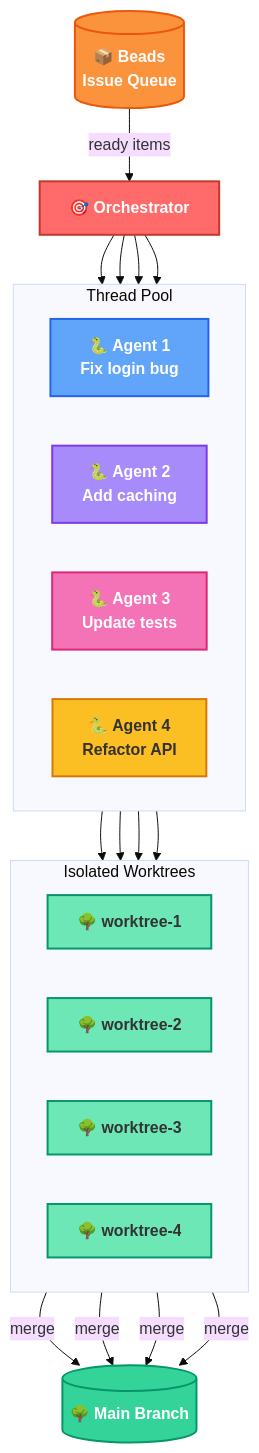
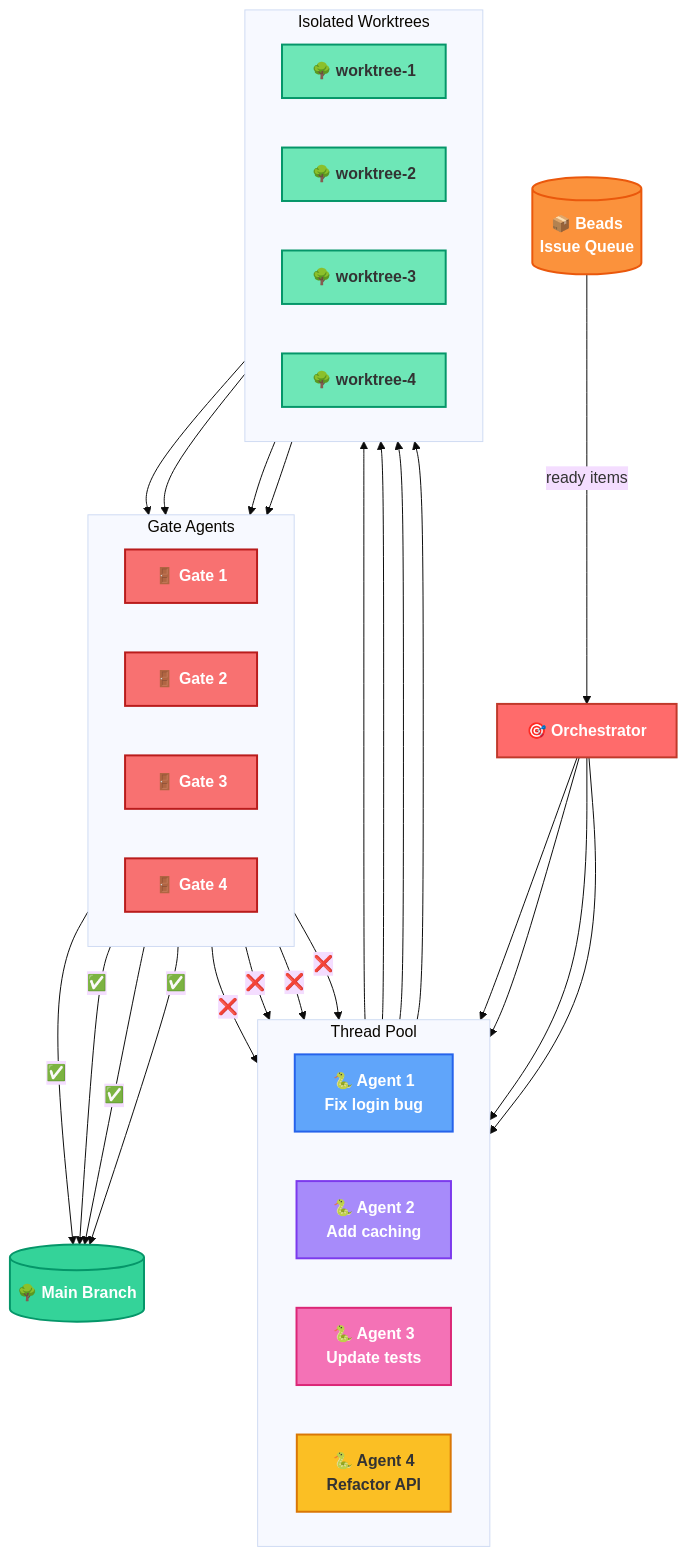
One commit to AmeliaRose802/PokePoke changed the second of 2 diagrams in pokepoke.md. Above: the diagram before and after it, drawn with Mermaid (base theme). The commit also changed other lines of this file, not shown here.

Commit message:
chore: auto-commit for pre-flight health check

````diff
--- a/pokepoke.md
+++ b/pokepoke.md
@@ -30,41 +30,58 @@
 ```mermaid
 graph TB
     Beads[("📦 Beads<br/>Issue Queue")]:::ext
 
     Orch["🎯 Orchestrator"]:::core
 
     subgraph Pool["Thread Pool"]
         direction LR
         A1["🐍 Agent 1<br/>Fix login bug"]:::a1
         A2["🐍 Agent 2<br/>Add caching"]:::a2
         A3["🐍 Agent 3<br/>Update tests"]:::a3
         A4["🐍 Agent 4<br/>Refactor API"]:::a4
+    end
+
+    subgraph Gates["Gate Agents"]
+        direction LR
+        G1["🚪 Gate 1"]:::gate
+        G2["🚪 Gate 2"]:::gate
+        G3["🚪 Gate 3"]:::gate
+        G4["🚪 Gate 4"]:::gate
     end
 
     subgraph Worktrees["Isolated Worktrees"]
         direction LR
         W1["🌳 worktree-1"]:::wt
         W2["🌳 worktree-2"]:::wt
         W3["🌳 worktree-3"]:::wt
         W4["🌳 worktree-4"]:::wt
     end
 
     Main[("🌳 Main Branch")]:::done
 
     Beads -->|"ready items"| Orch
     Orch --> A1 & A2 & A3 & A4
     A1 --> W1
     A2 --> W2
     A3 --> W3
     A4 --> W4
-    W1 & W2 & W3 & W4 -->|"merge"| Main
+    W1 --> G1
+    W2 --> G2
+    W3 --> G3
+    W4 --> G4
+    G1 -->|"❌"| A1
+    G2 -->|"❌"| A2
+    G3 -->|"❌"| A3
+    G4 -->|"❌"| A4
+    G1 & G2 & G3 & G4 -->|"✅"| Main
 
     classDef ext fill:#FB923C,stroke:#EA580C,stroke-width:2px,color:#fff,font-weight:bold
     classDef core fill:#FF6B6B,stroke:#C0392B,stroke-width:2px,color:#fff,font-weight:bold
     classDef a1 fill:#60A5FA,stroke:#2563EB,stroke-width:2px,color:#fff,font-weight:bold
     classDef a2 fill:#A78BFA,stroke:#7C3AED,stroke-width:2px,color:#fff,font-weight:bold
     classDef a3 fill:#F472B6,stroke:#DB2777,stroke-width:2px,color:#fff,font-weight:bold
     classDef a4 fill:#FBBF24,stroke:#D97706,stroke-width:2px,color:#333,font-weight:bold
     classDef wt fill:#6EE7B7,stroke:#059669,stroke-width:2px,color:#333,font-weight:bold
+    classDef gate fill:#F87171,stroke:#B91C1C,stroke-width:2px,color:#fff,font-weight:bold
     classDef done fill:#34D399,stroke:#059669,stroke-width:2px,color:#fff,font-weight:bold
 ```
````
